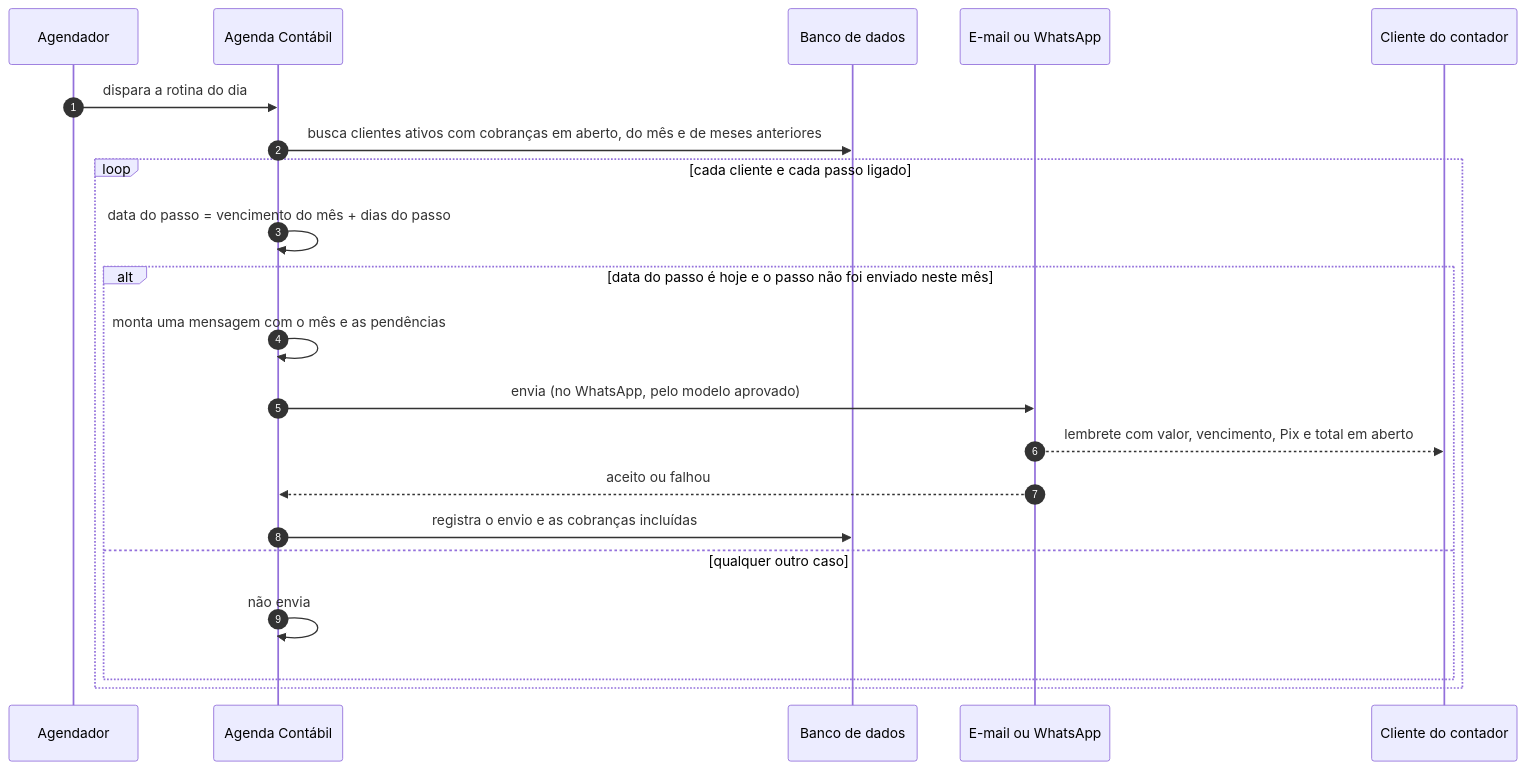
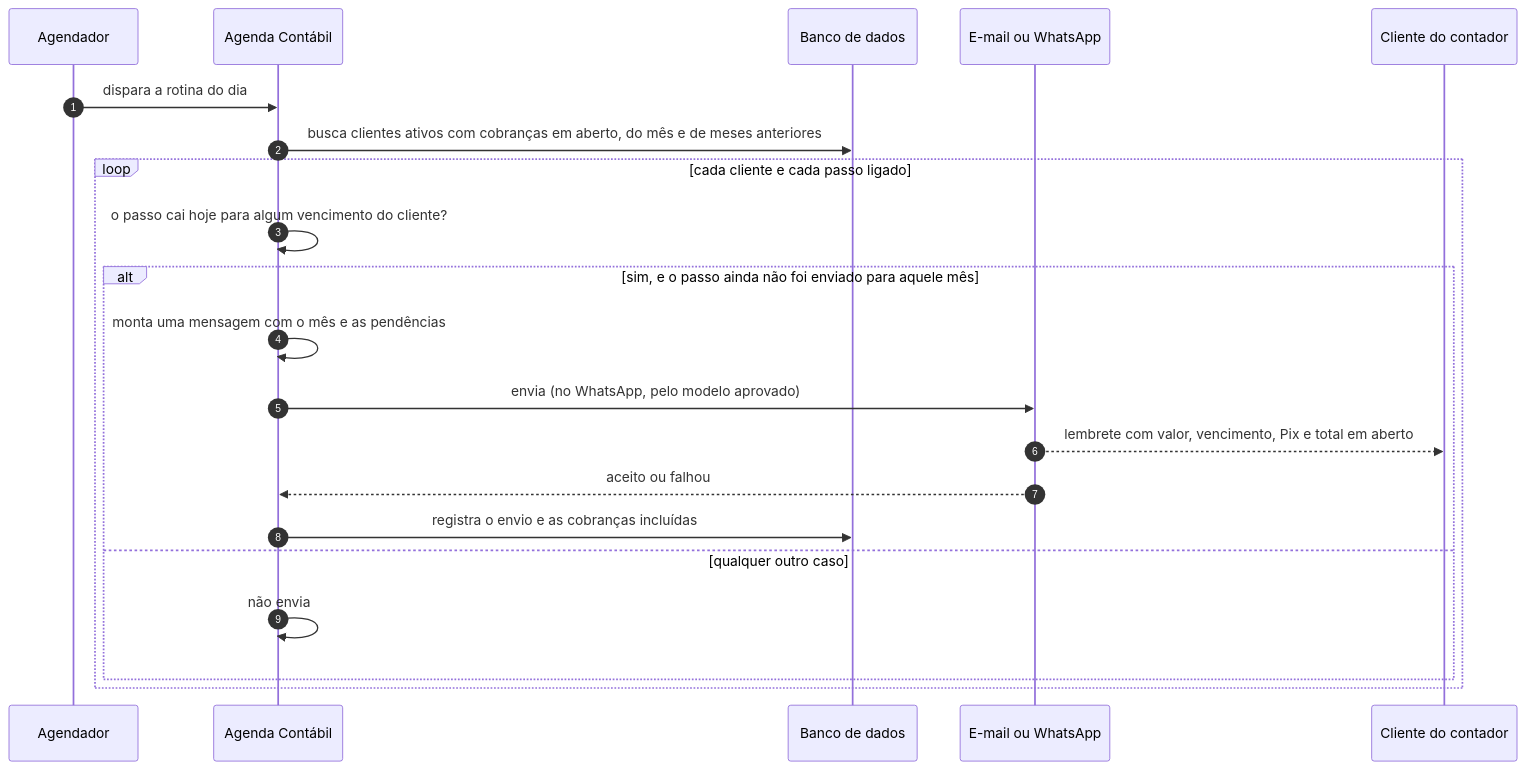
Diagram 13 of 19 in docs/Mapa de fluxo.md (77mdias/neximob), drawn with Mermaid before and after one commit. The commit also changed other lines of this file and 4 other files, not shown here.

````diff
--- a/docs/Mapa de fluxo.md
+++ b/docs/Mapa de fluxo.md
@@ -309,24 +314,24 @@
 ```mermaid
 sequenceDiagram
     autonumber
     participant AG as Agendador
     participant APP as Agenda Contábil
     participant DB as Banco de dados
     participant CAN as E-mail ou WhatsApp
     participant CLI as Cliente do contador
 
     AG->>APP: dispara a rotina do dia
     APP->>DB: busca clientes ativos com cobranças em aberto, do mês e de meses anteriores
     loop cada cliente e cada passo ligado
-        APP->>APP: data do passo = vencimento do mês + dias do passo
-        alt data do passo é hoje e o passo não foi enviado neste mês
+        APP->>APP: o passo cai hoje para algum vencimento do cliente?
+        alt sim, e o passo ainda não foi enviado para aquele mês
             APP->>APP: monta uma mensagem com o mês e as pendências
             APP->>CAN: envia (no WhatsApp, pelo modelo aprovado)
             CAN-->>CLI: lembrete com valor, vencimento, Pix e total em aberto
             CAN-->>APP: aceito ou falhou
             APP->>DB: registra o envio e as cobranças incluídas
         else qualquer outro caso
             APP->>APP: não envia
         end
     end
 ```
````
